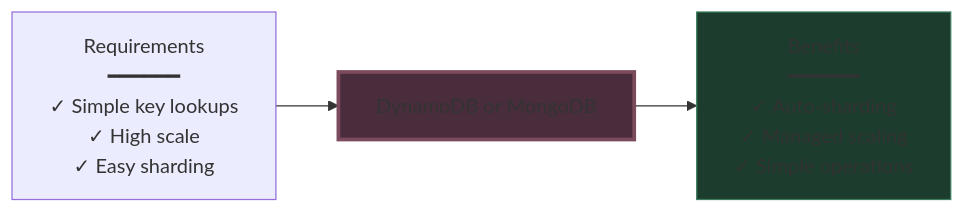
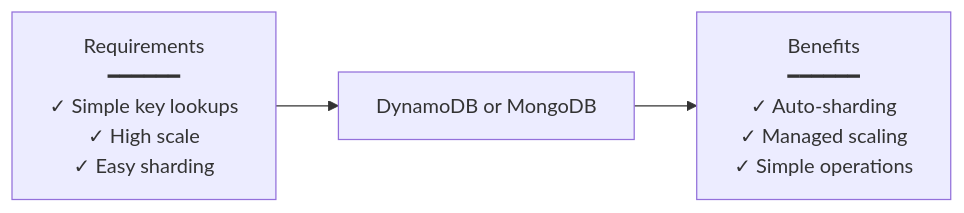
Before and after one commit to Yash-Kavaiya/The-System-Design-Masterclass: diagram 19 of 21 in system design beginner/10. Picking the right database.md, drawn with Mermaid. The commit also changed other lines of this file, not shown here.

````diff
--- a/system design beginner/10. Picking the right database.md
+++ b/system design beginner/10. Picking the right database.md
@@ -759,13 +696,11 @@
 ```mermaid
 graph LR
     REQ[Requirements<br/>━━━━━━<br/>✓ Simple key lookups<br/>✓ High scale<br/>✓ Easy sharding]
     
     CHOICE[DynamoDB or MongoDB]
     
     BENEFIT[Benefits<br/>━━━━━━<br/>✓ Auto-sharding<br/>✓ Managed scaling<br/>✓ Simple operations]
     
     REQ --> CHOICE --> BENEFIT
     
-    style CHOICE fill:#4a2d3c,stroke:#7c4a5c,stroke-width:3px
-    style BENEFIT fill:#1c3d2d,stroke:#3c7c5c
 ```
````
